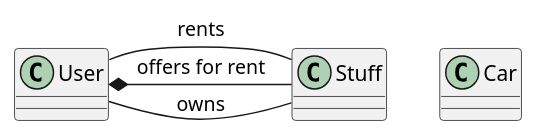
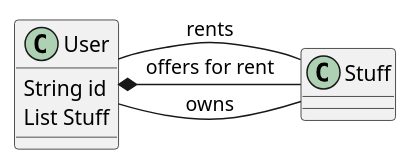
The diagram in classes.puml (Bassinator/schrank2.0), drawn with PlantUML before and after one commit.

Commit message:
added List of stuff to user class in class diagram

```diff
--- a/classes.puml
+++ b/classes.puml
@@ -1,8 +1,11 @@
 @startuml
-class Car
+class User {
+  String id
+  List Stuff 
+}
 
 User - Stuff : owns
 User *- Stuff : offers for rent
 User -- Stuff : rents
 
 @enduml
```
